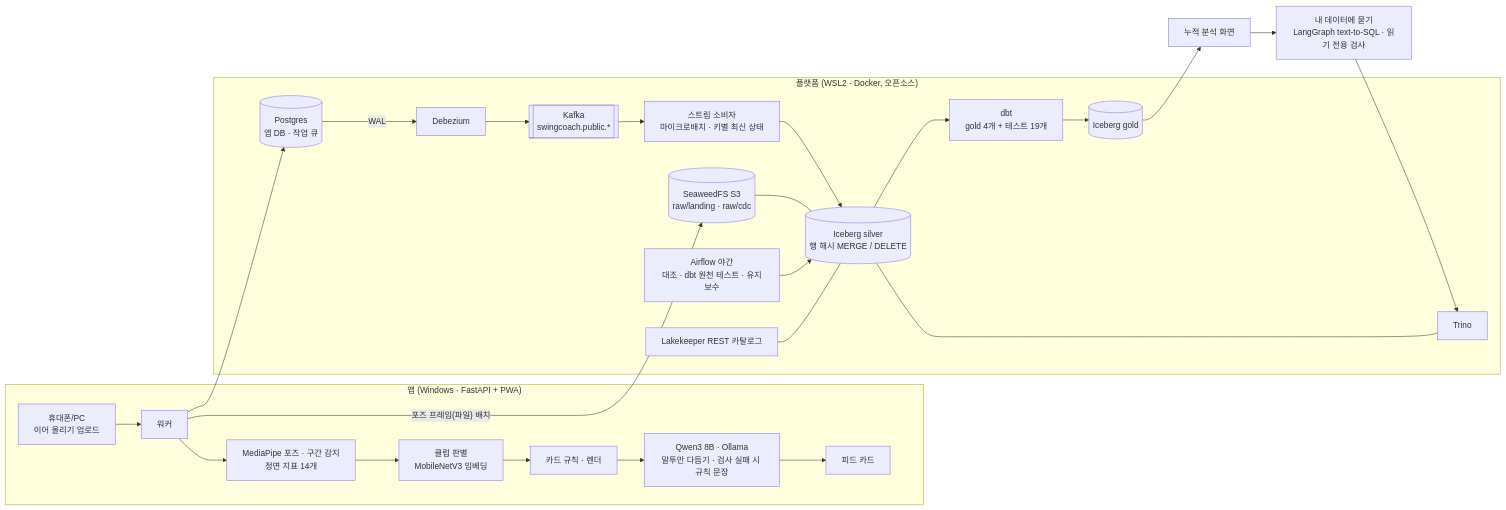
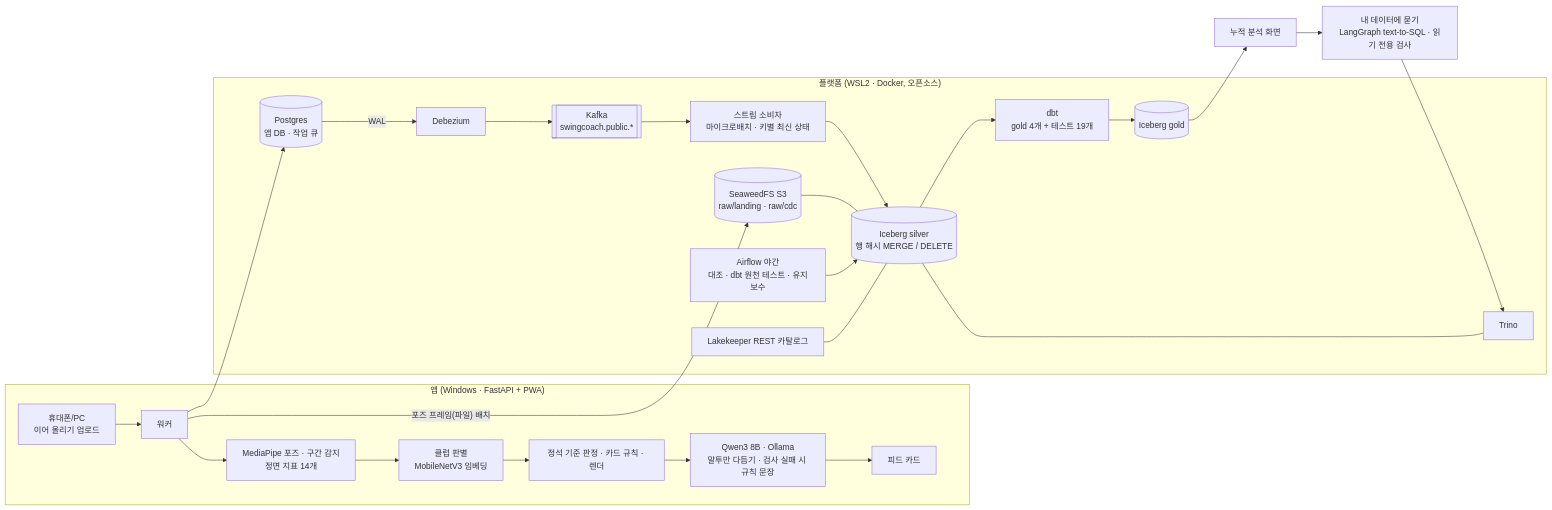
Before and after one commit to cgejej-cloud/swing-coach-lakehouse: the diagram in README.md, drawn with Mermaid. The commit also changed other lines of this file and 11 other files, not shown here.

````diff
--- a/README.md
+++ b/README.md
@@ -13,28 +13,28 @@
 ```mermaid
 flowchart LR
   subgraph App["앱 (Windows · FastAPI + PWA)"]
     U[휴대폰/PC<br/>이어 올리기 업로드] --> W[워커]
     W --> P[MediaPipe 포즈 · 구간 감지<br/>정면 지표 14개]
     P --> C[클럽 판별<br/>MobileNetV3 임베딩]
-    C --> K[카드 규칙 · 렌더]
+    C --> K[정석 기준 판정 · 카드 규칙 · 렌더]
     K --> LM[Qwen3 8B · Ollama<br/>말투만 다듬기 · 검사 실패 시 규칙 문장]
     LM --> F[피드 카드]
   end
   subgraph Platform["플랫폼 (WSL2 · Docker, 오픈소스)"]
     PG[(Postgres<br/>앱 DB · 작업 큐)] -- WAL --> DZ[Debezium]
     DZ --> KF[[Kafka<br/>swingcoach.public.*]]
     KF --> ST[스트림 소비자<br/>마이크로배치 · 키별 최신 상태]
     ST --> S[(Iceberg silver<br/>행 해시 MERGE / DELETE)]
     L[(SeaweedFS S3<br/>raw/landing · raw/cdc)] --- S
     S --> DBT[dbt<br/>gold 4개 + 테스트 19개]
     DBT --> G[(Iceberg gold)]
     AF[Airflow 야간<br/>대조 · dbt 원천 테스트 · 유지보수] --> S
     LK[Lakekeeper REST 카탈로그] --- S
     TR[Trino] --- S
   end
   W --> PG
   W -- 포즈 프레임(파일) 배치 --> L
   G --> I[누적 분석 화면]
   I --> AG[내 데이터에 묻기<br/>LangGraph text-to-SQL · 읽기 전용 검사]
   AG --> TR
 ```
````
